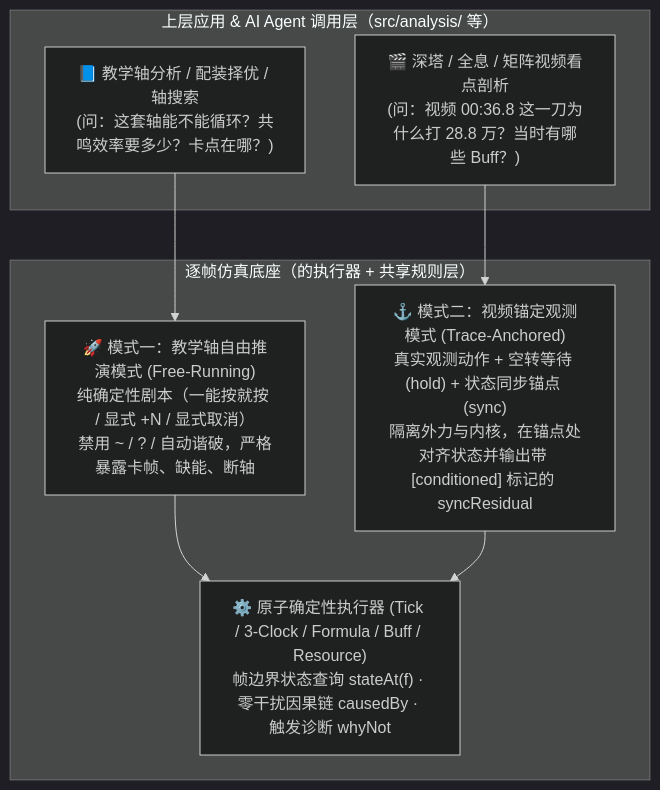
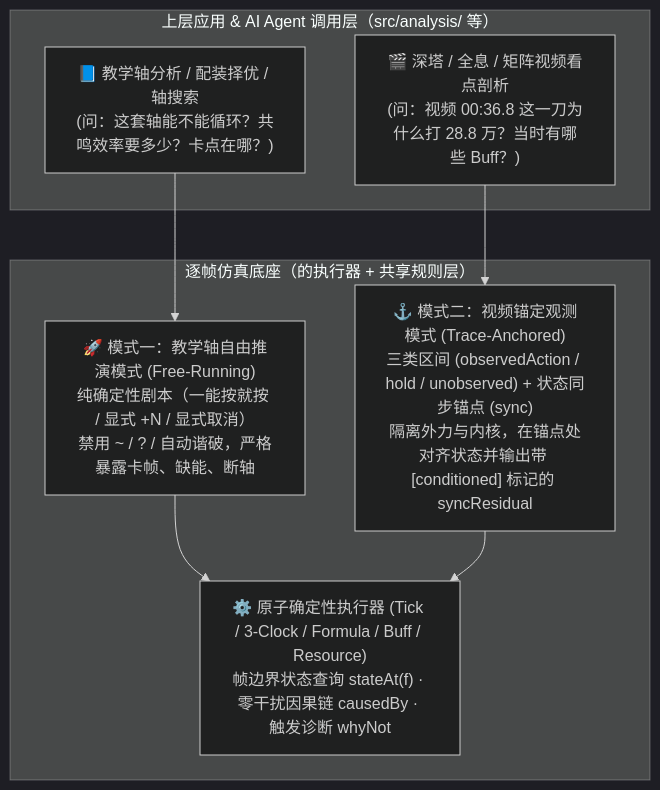
Before and after one commit to everbird/ww-dps-sim: the first of 2 diagrams in docs/overall-review-antigravity-20261108.md, drawn with Mermaid (dark theme). The commit also changed other lines of this file and 5 other files, not shown here.

````diff
--- a/docs/overall-review-antigravity-20261108.md
+++ b/docs/overall-review-antigravity-20261108.md
@@ -140,18 +140,18 @@
 ```mermaid
 flowchart TB
     subgraph Upper["上层应用 & AI Agent 调用层（src/analysis/ 等）"]
         App1["📘 教学轴分析 / 配装择优 / 轴搜索<br/>(问：这套轴能不能循环？共鸣效率要多少？卡点在哪？)"]
         App2["🎬 深塔 / 全息 / 矩阵视频看点剖析<br/>(问：视频 00:36.8 这一刀为什么打 28.8 万？当时有哪些 Buff？)"]
     end
 
     subgraph Base["逐帧仿真底座（的执行器 + 共享规则层）"]
         ModeA["🚀 模式一：教学轴自由推演模式 (Free-Running)<br/>纯确定性剧本（一能按就按 / 显式 +N / 显式取消）<br/>禁用 ~ / ? / 自动谐破，严格暴露卡帧、缺能、断轴"]
-        ModeB["⚓ 模式二：视频锚定观测模式 (Trace-Anchored)<br/>真实观测动作 + 空转等待 (hold) + 状态同步锚点 (sync)<br/>隔离外力与内核，在锚点处对齐状态并输出带 [conditioned] 标记的 syncResidual"]
+        ModeB["⚓ 模式二：视频锚定观测模式 (Trace-Anchored)<br/>三类区间 (observedAction / hold / unobserved) + 状态同步锚点 (sync)<br/>隔离外力与内核，在锚点处对齐状态并输出带 [conditioned] 标记的 syncResidual"]
         Kernel["⚙️ 原子确定性执行器 (Tick / 3-Clock / Formula / Buff / Resource)<br/>帧边界状态查询 stateAt(f) · 零干扰因果链 causedBy · 触发诊断 whyNot"]
     end
 
     App1 --> ModeA
     App2 --> ModeB
     ModeA --> Kernel
     ModeB --> Kernel
 ```
````
